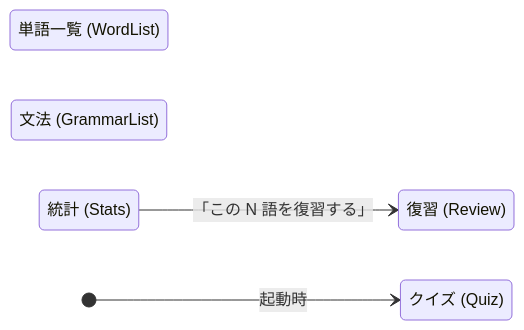
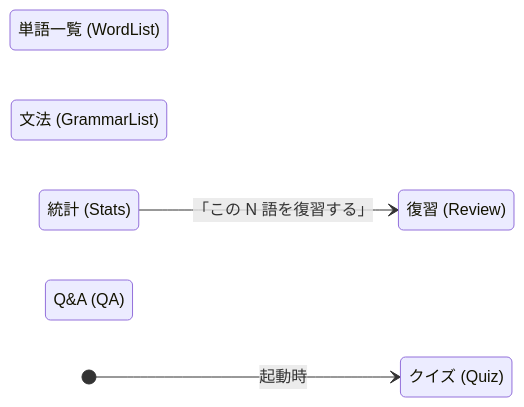
One commit to maco165/english-vocab-app changed the first of 5 diagrams in README.md. Above: the diagram before and after it, drawn with Mermaid. The commit also changed other lines of this file and 3 other files, not shown here.

````diff
--- a/README.md
+++ b/README.md
@@ -122,11 +135,12 @@
 ```mermaid
 stateDiagram-v2
   direction LR
   state "クイズ (Quiz)" as quiz
   state "復習 (Review)" as review
   state "単語一覧 (WordList)" as words
   state "文法 (GrammarList)" as grammar
   state "統計 (Stats)" as stats
+  state "Q&A (QA)" as qa
   [*] --> quiz: 起動時
   stats --> review: 「この N 語を復習する」
 ```
````
